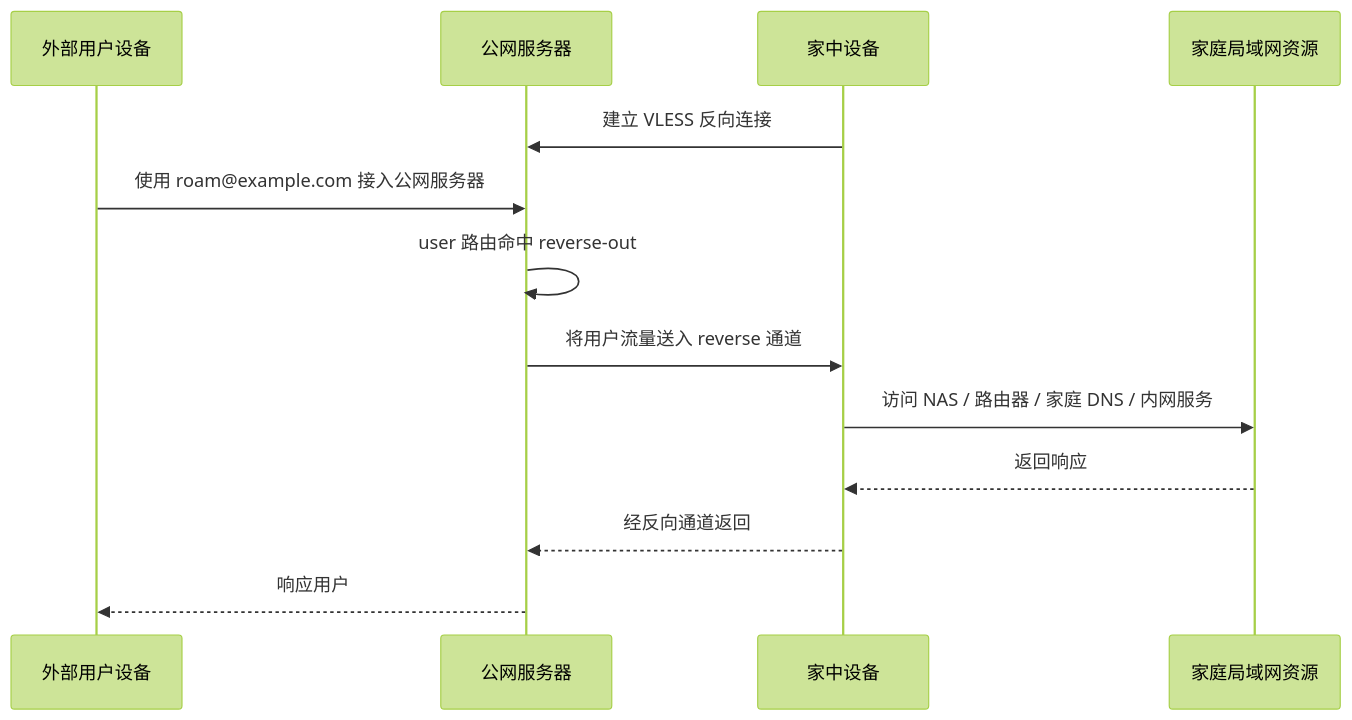
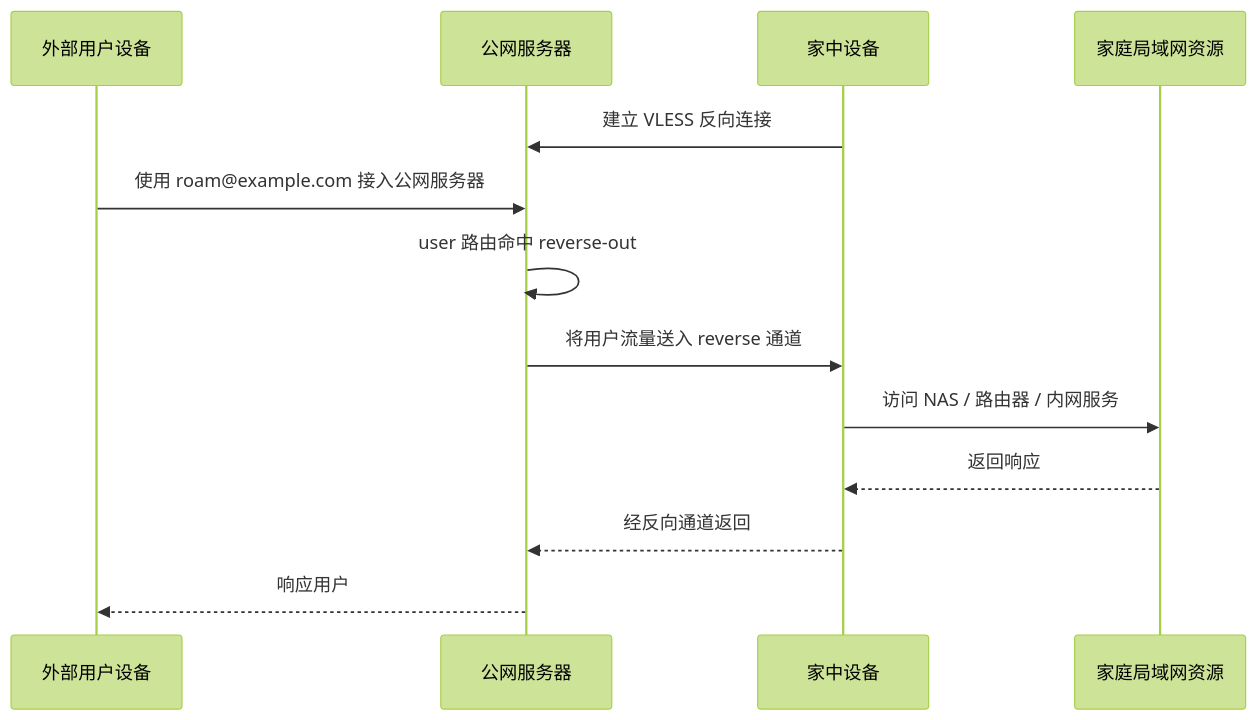
One commit to XTLS/Xray-docs-next changed the fourth of 6 diagrams in docs/document/level-2/vless_reverse.md. Above: the diagram before and after it, drawn with Mermaid (forest theme). The commit also changed other lines of this file and 2 other files, not shown here.

````diff
--- a/docs/document/level-2/vless_reverse.md
+++ b/docs/document/level-2/vless_reverse.md
@@ -399,16 +399,16 @@
 ```mermaid
 sequenceDiagram
     participant U as 外部用户设备
     participant S as 公网服务器
     participant I as 家中设备
     participant H as 家庭局域网资源
 
     I->>S: 建立 VLESS 反向连接
     U->>S: 使用 roam@example.com 接入公网服务器
     S->>S: user 路由命中 reverse-out
     S->>I: 将用户流量送入 reverse 通道
-    I->>H: 访问 NAS / 路由器 / 家庭 DNS / 内网服务
+    I->>H: 访问 NAS / 路由器 / 内网服务
     H-->>I: 返回响应
     I-->>S: 经反向通道返回
     S-->>U: 响应用户
 ```
````
